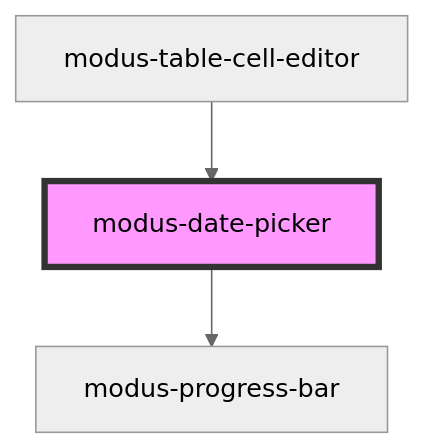
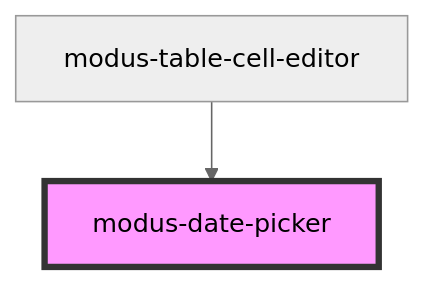
One commit to trimble-oss/modus-web-components changed the diagram in stencil-workspace/src/components/modus-date-picker/readme.md. Above: the diagram before and after it, drawn with Mermaid (neutral theme). The commit also changed other lines of this file and 7 other files, not shown here.

````diff
--- a/stencil-workspace/src/components/modus-date-picker/readme.md
+++ b/stencil-workspace/src/components/modus-date-picker/readme.md
@@ -37,6 +32,5 @@
 ```mermaid
 graph TD;
-  modus-date-picker --> modus-progress-bar
   modus-table-cell-editor --> modus-date-picker
   style modus-date-picker fill:#f9f,stroke:#333,stroke-width:4px
 ```
````
